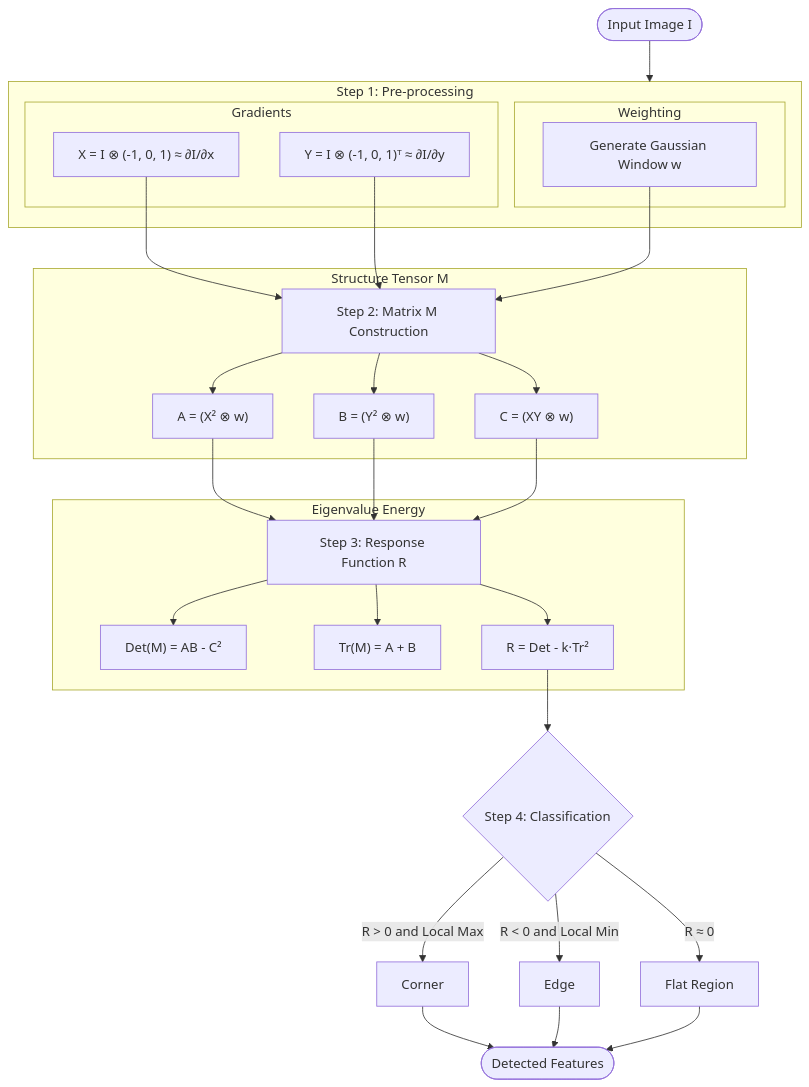
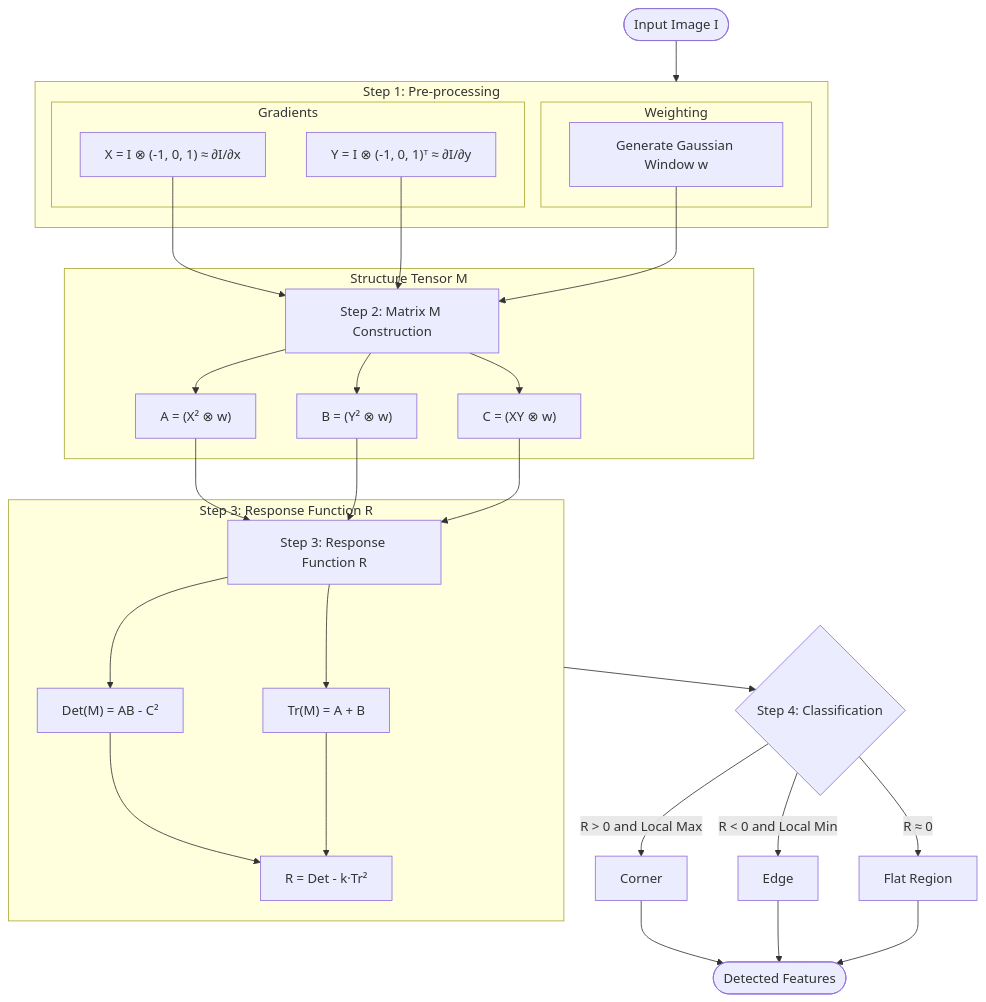
Before and after one commit to oldpig123/DISP-tutorial: the diagram in README.md, drawn with Mermaid.

Commit message:
Tutorial 5 (Exercise 4): Refined Harris flowchart Step 3 to show parallel Det/Tr calculation.

````diff
--- a/README.md
+++ b/README.md
@@ -266,40 +266,40 @@
 ```mermaid
 graph TD
     Start([Input Image I]) --> Step1
     
     subgraph Step1 ["Step 1: Pre-processing"]
         subgraph G [Gradients]
             X["X = I ⊗ (-1, 0, 1) ≈ ∂I/∂x"]
             Y["Y = I ⊗ (-1, 0, 1)ᵀ ≈ ∂I/∂y"]
         end
         subgraph W [Weighting]
             Smooth["Generate Gaussian Window w"]
         end
     end
     
     X & Y & Smooth --> Step2[Step 2: Matrix M Construction]
     
     subgraph "Structure Tensor M"
         Step2 --> A["A = (X² ⊗ w)"]
         Step2 --> B["B = (Y² ⊗ w)"]
         Step2 --> C["C = (XY ⊗ w)"]
     end
     
     A & B & C --> Step3[Step 3: Response Function R]
     
-    subgraph "Eigenvalue Energy"
+    subgraph Step3S ["Step 3: Response Function R"]
         Step3 --> Det["Det(M) = AB - C²"]
         Step3 --> Tr["Tr(M) = A + B"]
-        Step3 --> R["R = Det - k·Tr²"]
+        Det & Tr --> R["R = Det - k·Tr²"]
     end
     
-    R --> Step4{Step 4: Classification}
+    Step3S --> Step4{Step 4: Classification}
     
     Step4 -- "R > 0 and Local Max" --> Corner[Corner]
     Step4 -- "R < 0 and Local Min" --> Edge[Edge]
     Step4 -- "R ≈ 0" --> Flat[Flat Region]
     
     Corner --> End([Detected Features])
     Edge --> End
     Flat --> End
 ```
````
